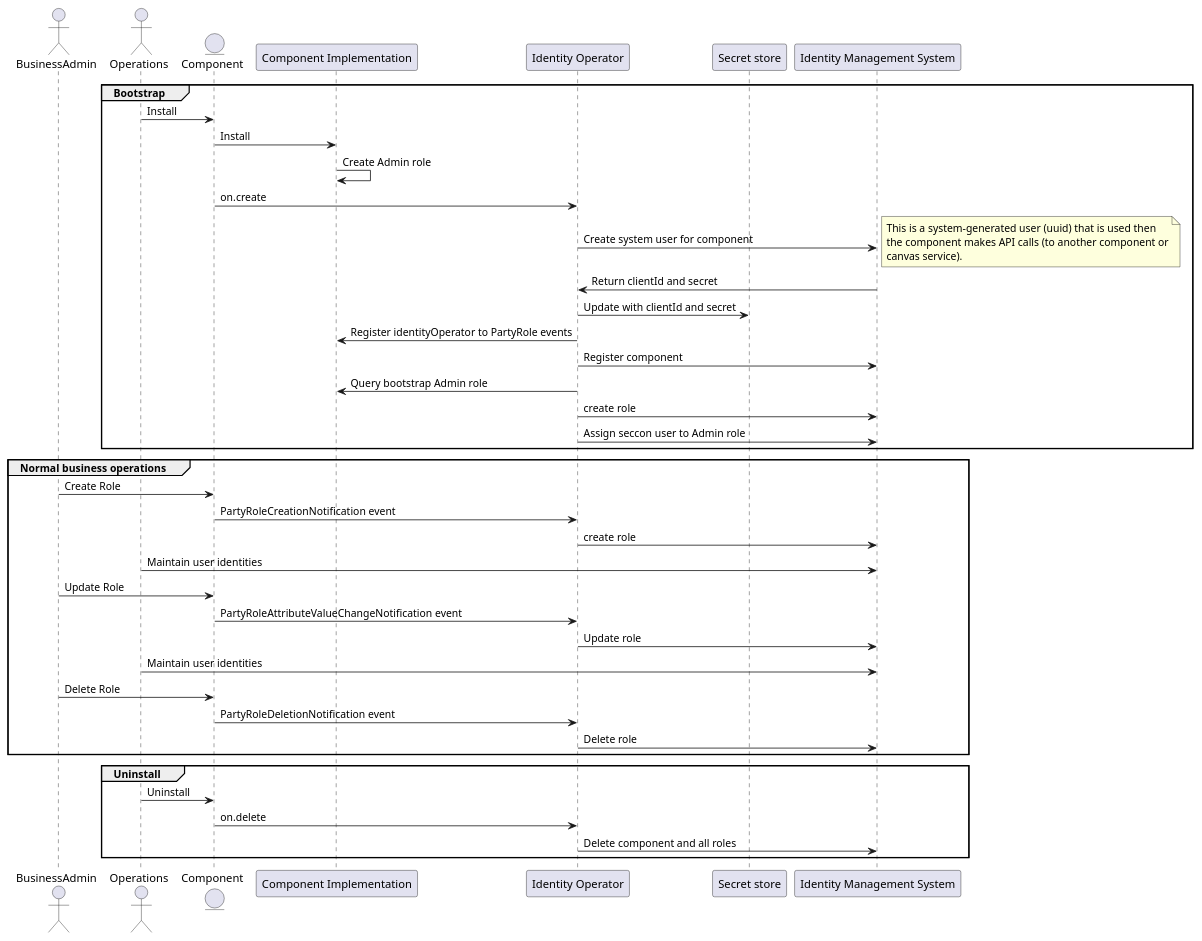
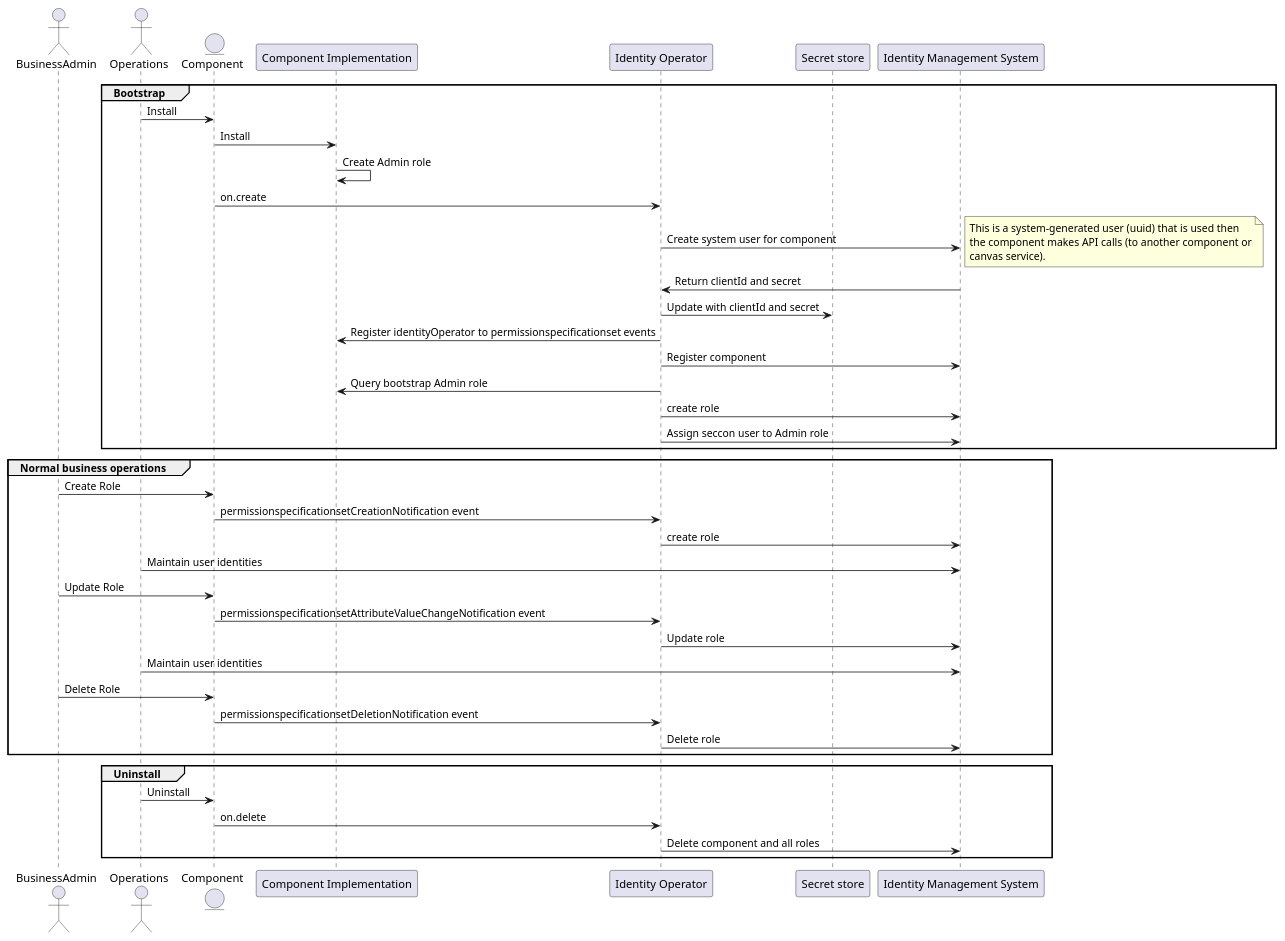
Before and after one commit to tmforum-oda/oda-canvas: the diagram in usecase-library/pumlFiles/bootstrap-role.puml, drawn with PlantUML. The commit also changed 5 other files, not shown here.

Commit message:
Changed Party Role to TMF672 Permissions in docs

```diff
--- a/usecase-library/pumlFiles/bootstrap-role.puml
+++ b/usecase-library/pumlFiles/bootstrap-role.puml
@@ -1,56 +1,56 @@
 @startuml
 
 actor BusinessAdmin
 actor Operations
 entity Component
 participant "Component Implementation" as ComponentImplementation
 participant "Identity Operator" as identityOperator
 participant "Secret store" as SecretStore
 participant "Identity Management System" as IDM
 
 
 group Bootstrap
 Component <- Operations : Install
 Component -> ComponentImplementation : Install
 ComponentImplementation -> ComponentImplementation: Create Admin role
 
 Component -> identityOperator: on.create 
 identityOperator -> IDM: Create system user for component
 note right
     This is a system-generated user (uuid) that is used then
     the component makes API calls (to another component or
     canvas service).
 end note
 identityOperator <- IDM: Return clientId and secret
 identityOperator -> SecretStore: Update with clientId and secret
 
-identityOperator -> ComponentImplementation: Register identityOperator to PartyRole events
+identityOperator -> ComponentImplementation: Register identityOperator to permissionspecificationset events
 identityOperator -> IDM: Register component
 
 identityOperator -> ComponentImplementation : Query bootstrap Admin role
 identityOperator -> IDM: create role
 identityOperator -> IDM: Assign seccon user to Admin role
 
 end 
 group Normal business operations
 
 BusinessAdmin -> Component: Create Role
-Component-> identityOperator: PartyRoleCreationNotification event
+Component-> identityOperator: permissionspecificationsetCreationNotification event
 identityOperator -> IDM: create role
 Operations->IDM  : Maintain user identities
 BusinessAdmin -> Component: Update Role
-Component-> identityOperator: PartyRoleAttributeValueChangeNotification event
+Component-> identityOperator: permissionspecificationsetAttributeValueChangeNotification event
 identityOperator -> IDM: Update role
 Operations->IDM  : Maintain user identities
 BusinessAdmin -> Component: Delete Role
-Component-> identityOperator: PartyRoleDeletionNotification event
+Component-> identityOperator: permissionspecificationsetDeletionNotification event
 identityOperator -> IDM: Delete role
 
 end
 group Uninstall
 Operations -> Component  : Uninstall
 Component -> identityOperator: on.delete 
 identityOperator -> IDM: Delete component and all roles
 end
 
 @enduml
```
